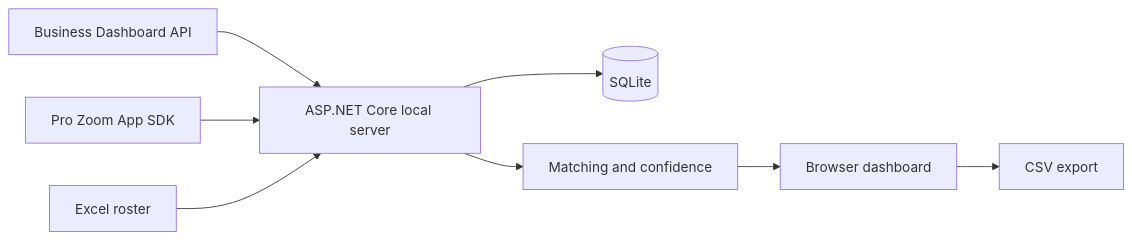
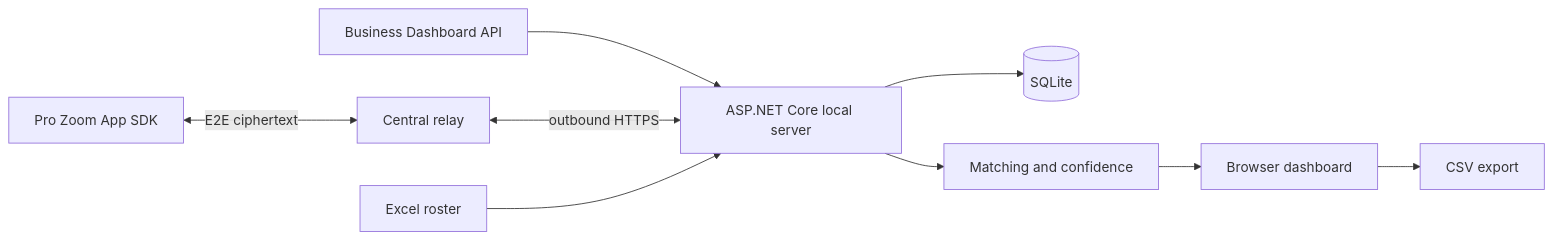
Before and after one commit to ianlyoo/zoomcheck: the diagram in README.md, drawn with Mermaid. The commit also changed other lines of this file and 56 other files, not shown here.

Commit message:
feat: add encrypted zero-config Zoom relay

````diff
--- a/README.md
+++ b/README.md
@@ -66,10 +66,11 @@
 ```mermaid
 flowchart LR
   A[Business Dashboard API] --> B[ASP.NET Core local server]
-  H[Pro Zoom App SDK] --> B
+  H[Pro Zoom App SDK] <-->|E2E ciphertext| R[Central relay]
+  R <-->|outbound HTTPS| B
   C[Excel roster] --> B
   B --> D[(SQLite)]
   B --> E[Matching and confidence]
   E --> F[Browser dashboard]
   F --> G[CSV export]
 ```
````
